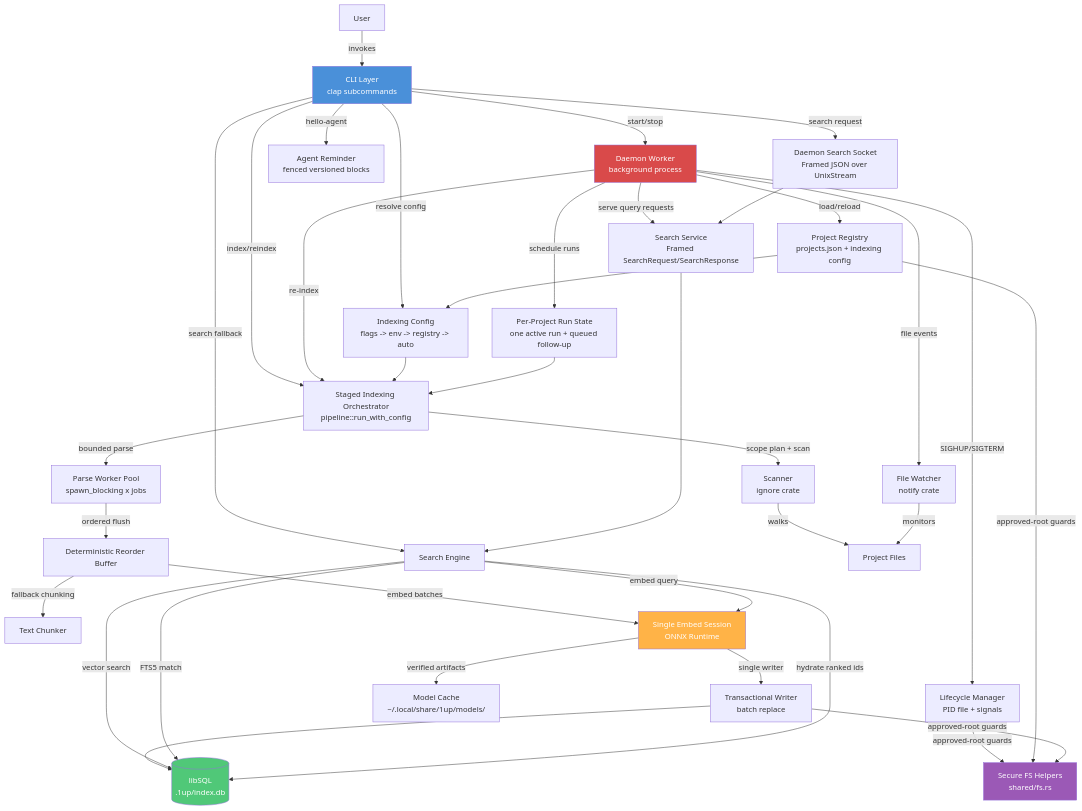
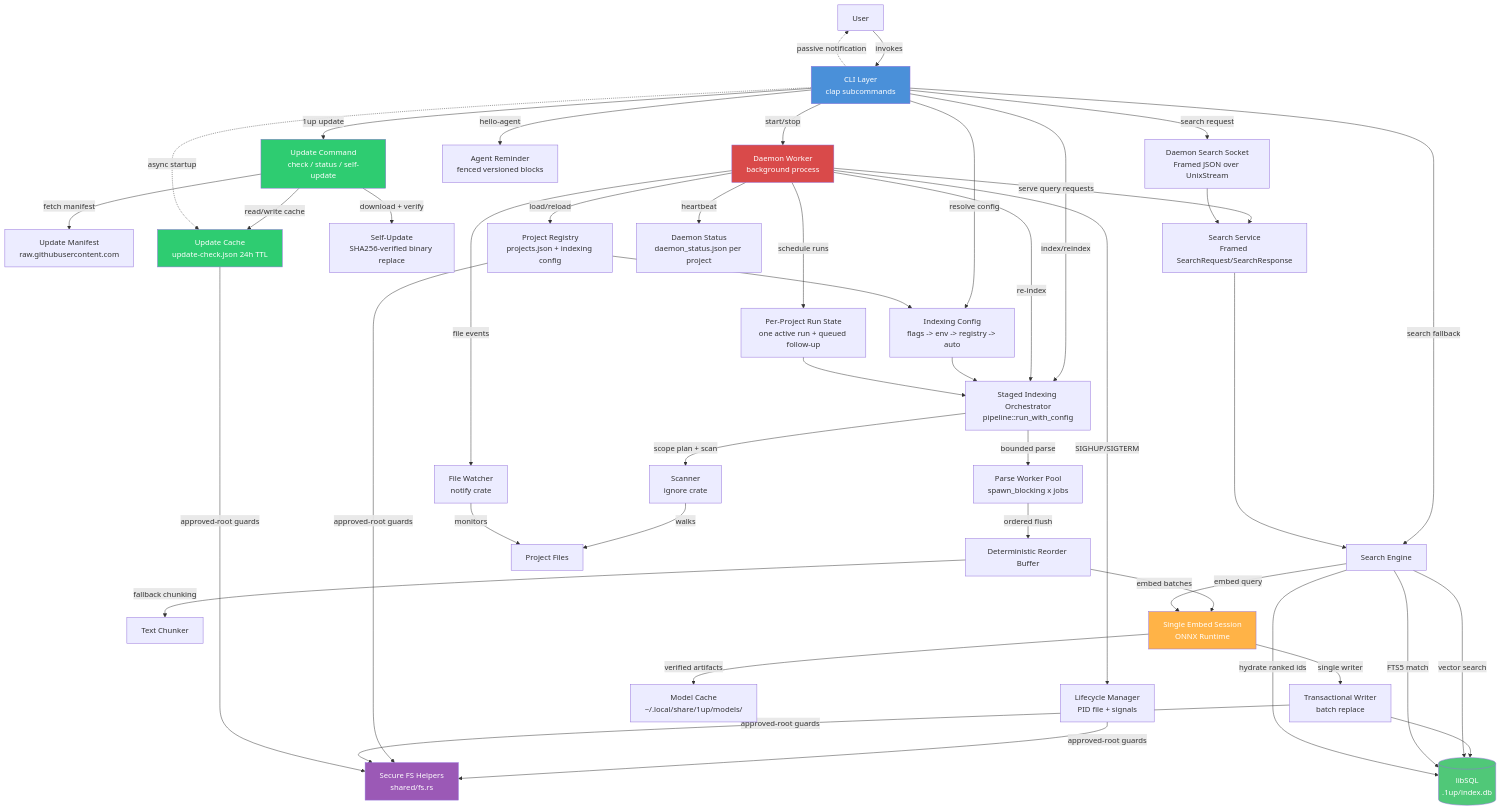
Before and after one commit to rp1-run/1up: the diagram in .rp1/context/architecture.md, drawn with Mermaid. The commit also changed other lines of this file and 6 other files, not shown here.

````diff
--- a/.rp1/context/architecture.md
+++ b/.rp1/context/architecture.md
@@ -9,50 +9,61 @@
 ```mermaid
 graph TB
     User[User] -->|invokes| CLI[CLI Layer<br/>clap subcommands]
     CLI -->|resolve config| Config[Indexing Config<br/>flags -> env -> registry -> auto]
     CLI -->|start/stop| Daemon[Daemon Worker<br/>background process]
     CLI -->|index/reindex| Pipeline[Staged Indexing Orchestrator<br/>pipeline::run_with_config]
     CLI -->|search fallback| Search[Search Engine]
     CLI -->|search request| SearchSocket[Daemon Search Socket<br/>Framed JSON over UnixStream]
     CLI -->|hello-agent| Reminder[Agent Reminder<br/>fenced versioned blocks]
+    CLI -->|1up update| UpdateCLI[Update Command<br/>check / status / self-update]
+
+    UpdateCLI -->|fetch manifest| UpdateManifest[Update Manifest<br/>raw.githubusercontent.com]
+    UpdateCLI -->|read/write cache| UpdateCache[Update Cache<br/>update-check.json 24h TTL]
+    UpdateCLI -->|download + verify| SelfUpdate[Self-Update<br/>SHA256-verified binary replace]
+    CLI -.->|async startup| UpdateCache
+    CLI -.->|passive notification| User
 
     Daemon -->|file events| Watcher[File Watcher<br/>notify crate]
     Daemon -->|re-index| Pipeline
     Daemon -->|serve query requests| SearchService[Search Service<br/>Framed SearchRequest/SearchResponse]
     Daemon -->|SIGHUP/SIGTERM| Lifecycle[Lifecycle Manager<br/>PID file + signals]
     Daemon -->|load/reload| Registry[Project Registry<br/>projects.json + indexing config]
     Daemon -->|schedule runs| RunState[Per-Project Run State<br/>one active run + queued follow-up]
+    Daemon -->|heartbeat| DaemonStatus[Daemon Status<br/>daemon_status.json per project]
     SearchSocket --> SearchService
 
     Config --> Pipeline
     Registry --> Config
     RunState --> Pipeline
 
     Pipeline -->|scope plan + scan| Scanner[Scanner<br/>ignore crate]
     Pipeline -->|bounded parse| Parser[Parse Worker Pool<br/>spawn_blocking x jobs]
     Parser -->|ordered flush| Reorder[Deterministic Reorder Buffer]
     Reorder -->|fallback chunking| Chunker[Text Chunker]
     Reorder -->|embed batches| Embedder[Single Embed Session<br/>ONNX Runtime]
     Embedder -->|single writer| Writer[Transactional Writer<br/>batch replace]
     Writer --> DB[(libSQL<br/>.1up/index.db)]
 
     SearchService --> Search
     Search -->|vector search| DB
     Search -->|FTS5 match| DB
     Search -->|hydrate ranked ids| DB
     Search -->|embed query| Embedder
 
     Scanner -->|walks| FS[Project Files]
     Watcher -->|monitors| FS
 
     Embedder -->|verified artifacts| ModelCache[Model Cache<br/>~/.local/share/1up/models/]
     Lifecycle -->|approved-root guards| FSHelpers[Secure FS Helpers<br/>shared/fs.rs]
     Registry -->|approved-root guards| FSHelpers
     Writer -->|approved-root guards| FSHelpers
+    UpdateCache -->|approved-root guards| FSHelpers
 
     style CLI fill:#4A90D9,color:#fff
     style Daemon fill:#D94A4A,color:#fff
     style DB fill:#50C878,color:#fff
     style Embedder fill:#FFB347,color:#fff
     style FSHelpers fill:#9B59B6,color:#fff
+    style UpdateCLI fill:#2ECC71,color:#fff
+    style UpdateCache fill:#2ECC71,color:#fff
 ```
````
